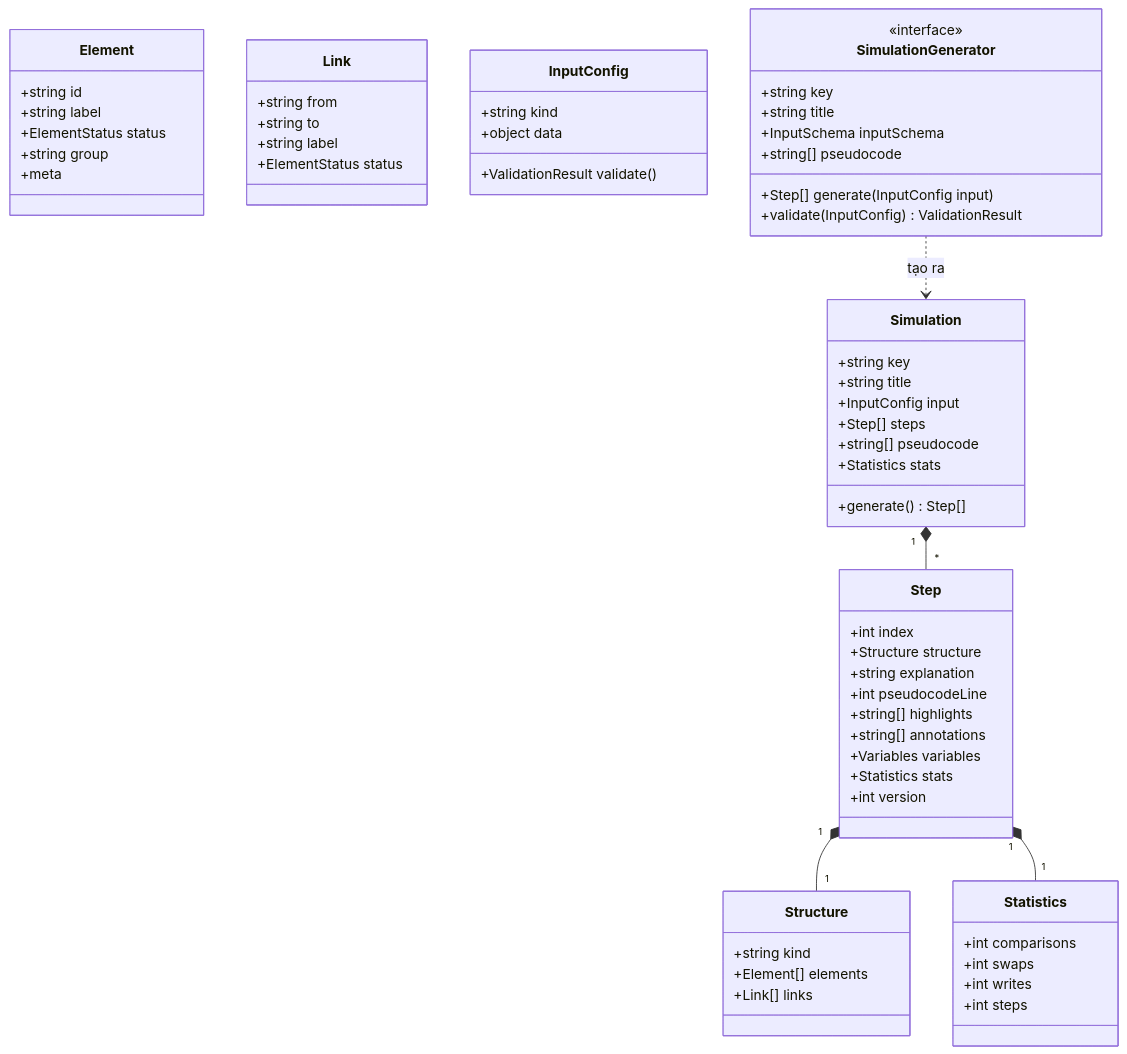
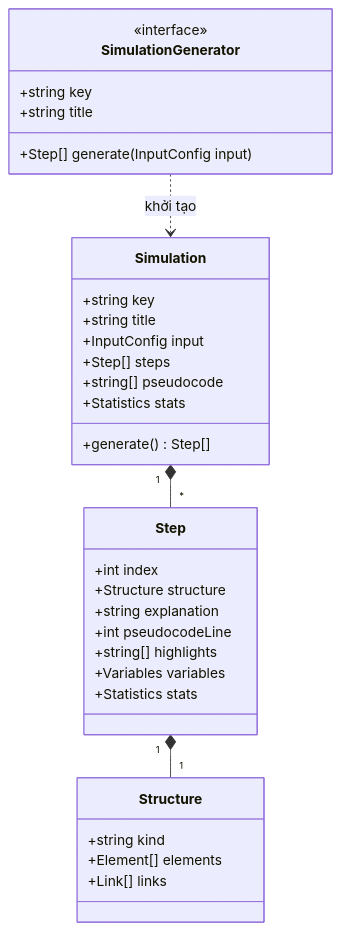
Before and after one commit to Tqson3118/Visualization: diagram 11 of 18 in tailieu/BAO_CAO.md, drawn with Mermaid. The commit also changed other lines of this file and 25 other files, not shown here.

````diff
--- a/tailieu/BAO_CAO.md
+++ b/tailieu/BAO_CAO.md
@@ -1409,65 +1328,35 @@
 ```mermaid
 classDiagram
     class Simulation {
         +string key
         +string title
         +InputConfig input
         +Step[] steps
         +string[] pseudocode
         +Statistics stats
         +generate() Step[]
     }
     class Step {
         +int index
         +Structure structure
         +string explanation
         +int pseudocodeLine
         +string[] highlights
-        +string[] annotations
         +Variables variables
         +Statistics stats
-        +int version
     }
     class Structure {
         +string kind
         +Element[] elements
         +Link[] links
     }
-    class Element {
-        +string id
-        +string label
-        +ElementStatus status
-        +string group
-        +meta
-    }
-    class Link {
-        +string from
-        +string to
-        +string label
-        +ElementStatus status
-    }
-    class InputConfig {
-        +string kind
-        +object data
-        +ValidationResult validate()
-    }
-    class Statistics {
-        +int comparisons
-        +int swaps
-        +int writes
-        +int steps
-    }
     class SimulationGenerator {
         <<interface>>
         +string key
         +string title
-        +InputSchema inputSchema
-        +string[] pseudocode
         +Step[] generate(InputConfig input)
-        +validate(InputConfig) ValidationResult
     }
     Simulation "1" *-- "*" Step
     Step "1" *-- "1" Structure
-    Step "1" *-- "1" Statistics
-    SimulationGenerator ..> Simulation : tạo ra
+    SimulationGenerator ..> Simulation : khởi tạo
 ```
````
